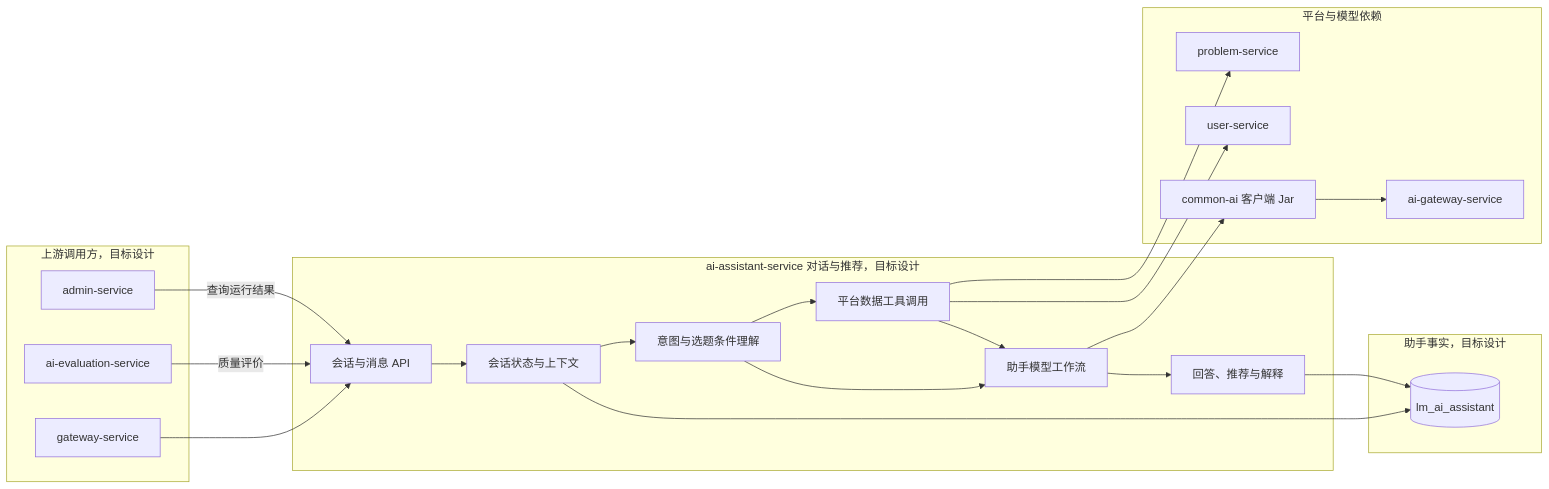
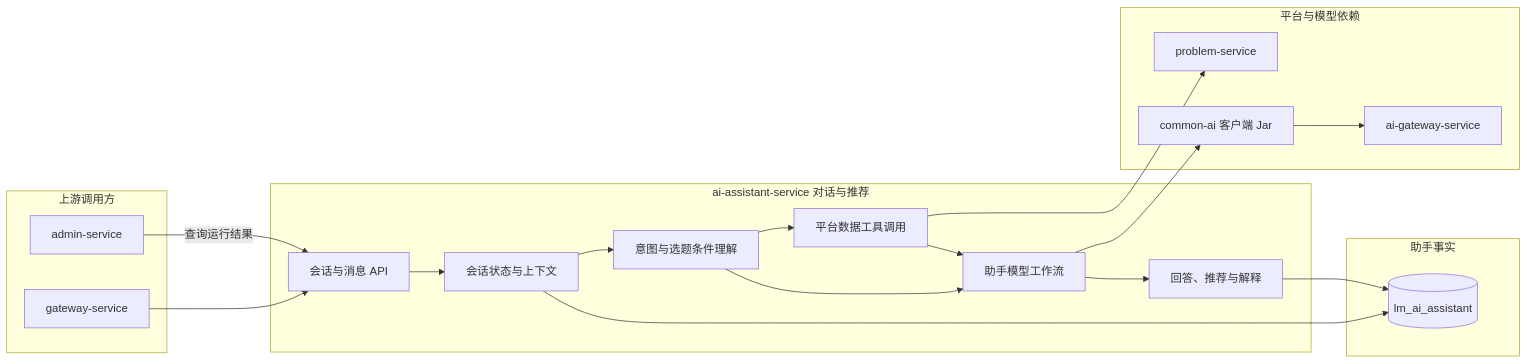
The diagram in docs/project/03-微服务设计/ai-assistant-service/README.md (Dorian7Alden/LeetModel), drawn with Mermaid before and after one commit. The commit also changed other lines of this file and 1 other file, not shown here.

````diff
--- a/docs/project/03-微服务设计/ai-assistant-service/README.md
+++ b/docs/project/03-微服务设计/ai-assistant-service/README.md
@@ -12,45 +20,41 @@
 ```mermaid
 flowchart LR
-    subgraph callers["上游调用方，目标设计"]
+    subgraph callers["上游调用方"]
         apiGateway["gateway-service"]
-        evaluationService["ai-evaluation-service"]
         adminService["admin-service"]
     end
 
-    subgraph assistant["ai-assistant-service 对话与推荐，目标设计"]
+    subgraph assistant["ai-assistant-service 对话与推荐"]
         conversationApi["会话与消息 API"]
         sessionContext["会话状态与上下文"]
         intent["意图与选题条件理解"]
         toolQuery["平台数据工具调用"]
         assistantWorkflow["助手模型工作流"]
         response["回答、推荐与解释"]
 
         conversationApi --> sessionContext
         sessionContext --> intent
         intent --> toolQuery
         intent --> assistantWorkflow
         toolQuery --> assistantWorkflow
         assistantWorkflow --> response
     end
 
     subgraph dependencies["平台与模型依赖"]
         problemService["problem-service"]
-        userService["user-service"]
         commonAi["common-ai 客户端 Jar"]
         aiGateway["ai-gateway-service"]
     end
 
-    subgraph data["助手事实，目标设计"]
+    subgraph data["助手事实"]
         assistantDatabase[(lm_ai_assistant)]
     end
 
     apiGateway --> conversationApi
-    evaluationService -->|"质量评价"| conversationApi
     adminService -->|"查询运行结果"| conversationApi
     toolQuery --> problemService
-    toolQuery --> userService
     assistantWorkflow --> commonAi
     commonAi --> aiGateway
     sessionContext --> assistantDatabase
     response --> assistantDatabase
 ```
````
